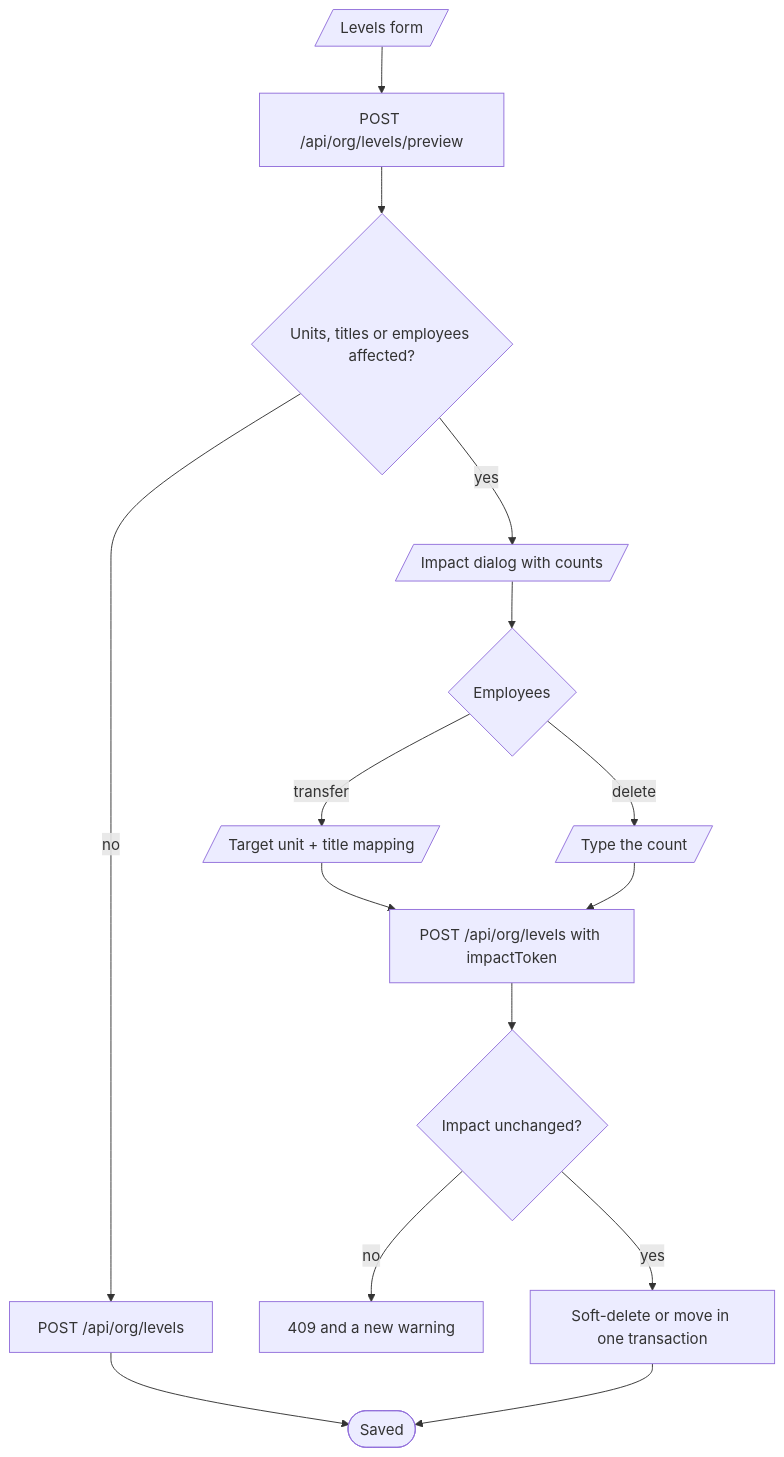
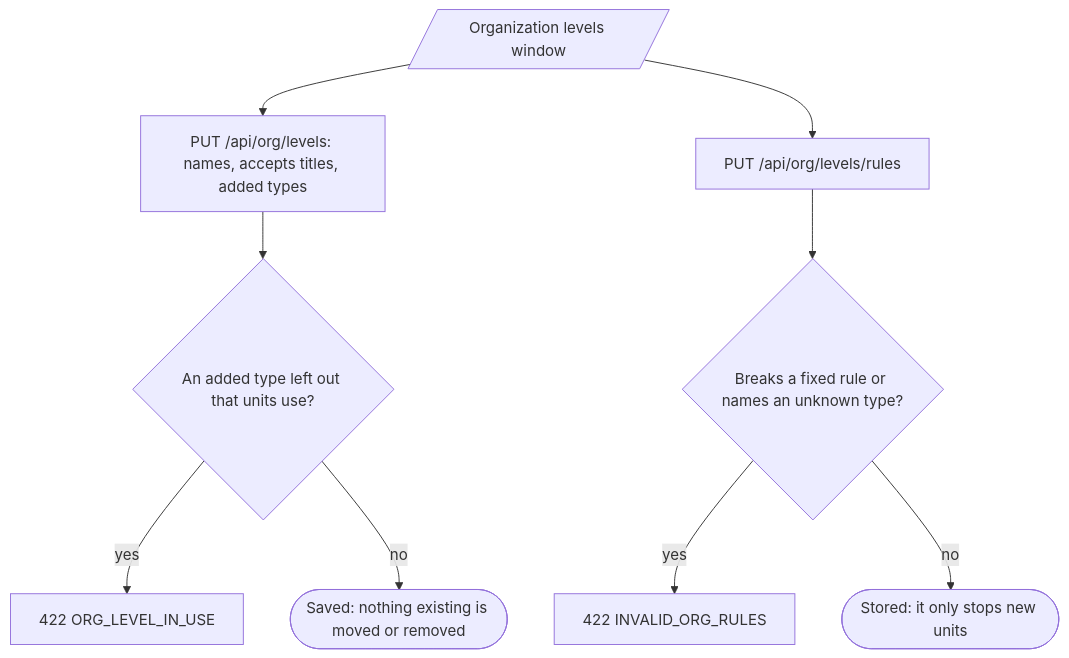
The sixth of 21 diagrams in README.md (Arweqah-Company/arweqah_platform), drawn with Mermaid before and after one commit. The commit also changed other lines of this file and 257 other files, not shown here.

First line of the commit message:
feat(org): one group-wide structure with unit types, shared or per-company management, leaders, charter and job titles

````diff
--- a/README.md
+++ b/README.md
@@ -253,12 +264,10 @@
 ```mermaid
 flowchart TD
-  levels[/Levels form/] --> preview[POST /api/org/levels/preview]
-  preview --> impact{Units, titles or employees affected?}
-  impact -- no --> save[POST /api/org/levels] --> done([Saved])
-  impact -- yes --> warn[/Impact dialog with counts/] --> choose{Employees}
-  choose -- transfer --> map[/Target unit + title mapping/] --> confirm
-  choose -- delete --> count[/Type the count/] --> confirm
-  confirm[POST /api/org/levels with impactToken] --> same{Impact unchanged?}
-  same -- no --> e409[409 and a new warning]
-  same -- yes --> tx[Soft-delete or move in one transaction] --> done
+  levels[/Organization levels window/] --> save[PUT /api/org/levels: names, accepts titles, added types]
+  save --> used{An added type left out that units use?}
+  used -- yes --> e422[422 ORG_LEVEL_IN_USE]
+  used -- no --> saved([Saved: nothing existing is moved or removed])
+  levels --> rules[PUT /api/org/levels/rules] --> fixed{Breaks a fixed rule or names an unknown type?}
+  fixed -- yes --> r422[422 INVALID_ORG_RULES]
+  fixed -- no --> only([Stored: it only stops new units])
 ```
````
